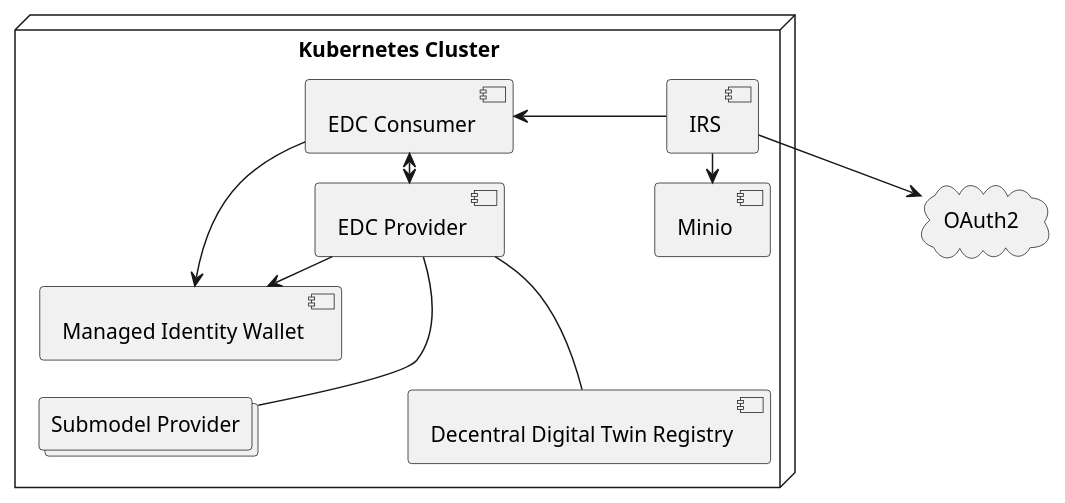
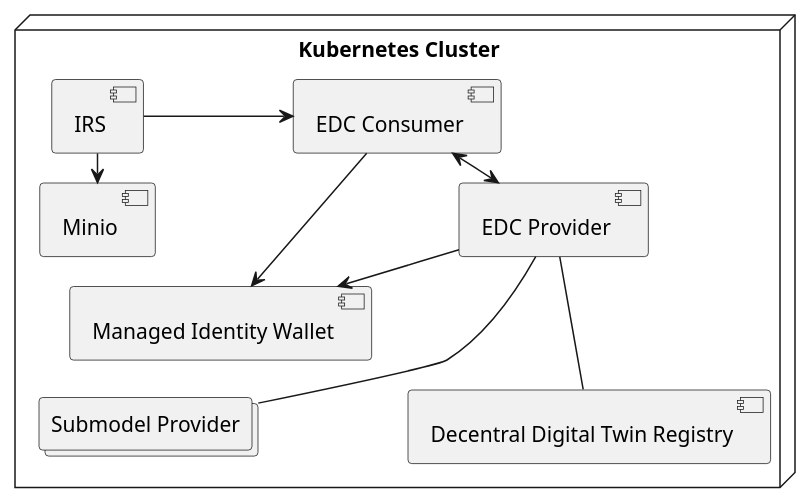
The diagram in docs/src/uml-diagrams/deployment-view/level-0-dev.puml (eclipse-tractusx/item-relationship-service), drawn with PlantUML before and after one commit. The commit also changed 1 other file, not shown here.

Commit message:
chore(docs):[#408] remove OAuth2 from isolated view

```diff
--- a/docs/src/uml-diagrams/deployment-view/level-0-dev.puml
+++ b/docs/src/uml-diagrams/deployment-view/level-0-dev.puml
@@ -1,33 +1,29 @@
 @startuml
 skinparam monochrome true
 skinparam shadowing false
 skinparam nodesep 100
 skinparam ranksep 20
 skinparam defaultFontName "Architects daughter"
-
-cloud OAuth2
 
 node "Kubernetes Cluster" as k8s {
 
     component IRS
     component Minio
     component "Decentral Digital Twin Registry" as dtr
     component "EDC Consumer" as consumer
     component "EDC Provider" as provider
     component "Managed Identity Wallet" as miw
     collections "Submodel Provider" as submodel
 
 
     IRS --> Minio
     IRS -> consumer
     consumer --> miw
     provider --> miw
     consumer <--> provider
     provider --- submodel
     provider --- dtr
 
 }
 
-IRS --> OAuth2
-
 @enduml
```
